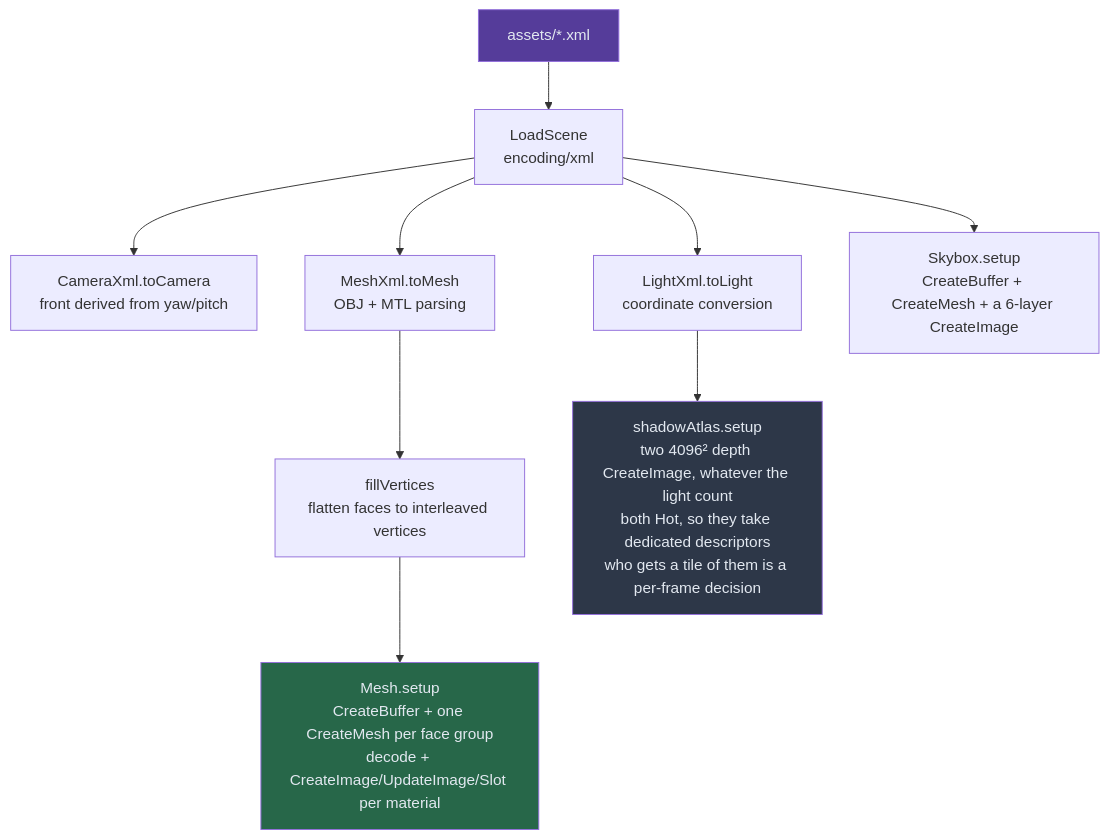
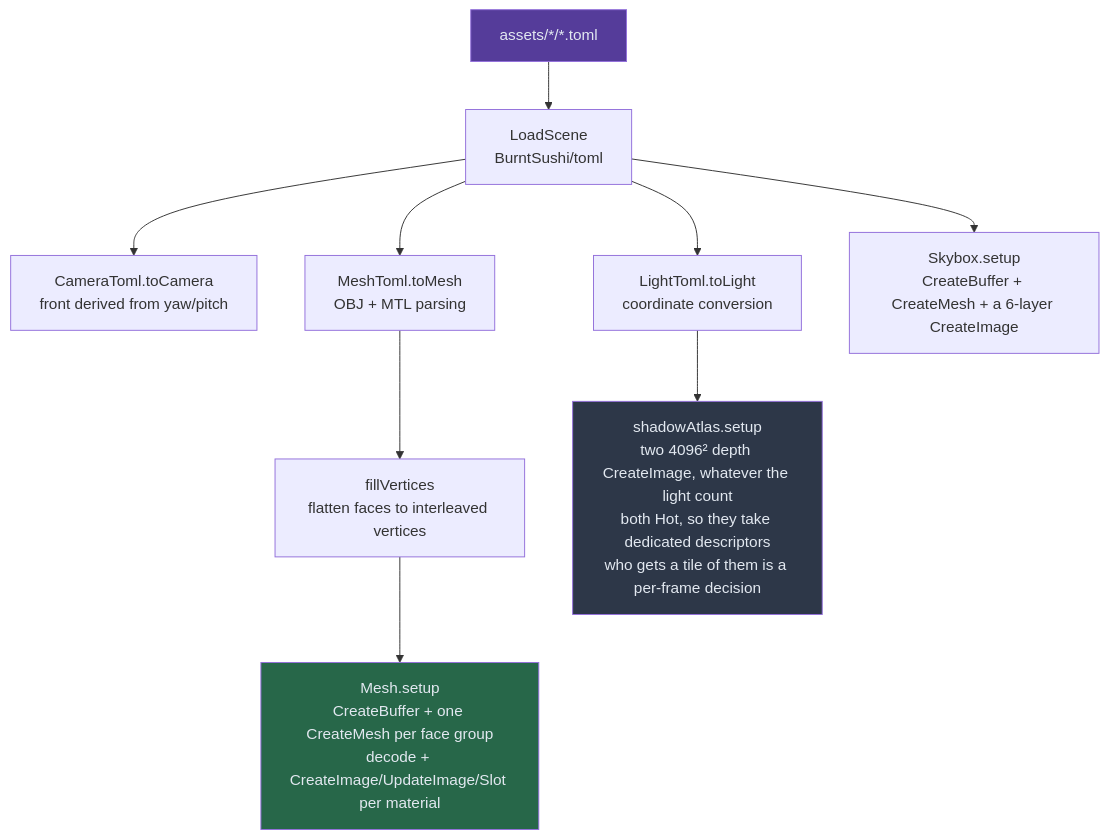
One commit to Zephyr75/overdrive changed the first of 2 diagrams in notes/FEATURES.md. Above: the diagram before and after it, drawn with Mermaid. The commit also changed other lines of this file and 56 other files, not shown here.

Commit message:
Added metallic map support and switched scene format to TOML

````diff
--- a/notes/FEATURES.md
+++ b/notes/FEATURES.md
@@ -139,19 +139,19 @@
 ```mermaid
 flowchart TD
-    X["assets/*.xml"] --> P["LoadScene<br/>encoding/xml"]
+    X["assets/*/*.toml"] --> P["LoadScene<br/>BurntSushi/toml"]
 
-    P --> CA["CameraXml.toCamera<br/>front derived from yaw/pitch"]
-    P --> ME["MeshXml.toMesh<br/>OBJ + MTL parsing"]
-    P --> LI["LightXml.toLight<br/>coordinate conversion"]
+    P --> CA["CameraToml.toCamera<br/>front derived from yaw/pitch"]
+    P --> ME["MeshToml.toMesh<br/>OBJ + MTL parsing"]
+    P --> LI["LightToml.toLight<br/>coordinate conversion"]
 
     ME --> FV["fillVertices<br/>flatten faces to interleaved vertices"]
     FV --> SU["Mesh.setup<br/>CreateBuffer + one CreateMesh per face group<br/>decode + CreateImage/UpdateImage/Slot per material"]
 
     LI --> LS["shadowAtlas.setup<br/>two 4096² depth CreateImage, whatever the light count<br/>both Hot, so they take dedicated descriptors<br/>who gets a tile of them is a per-frame decision"]
 
     P --> SK["Skybox.setup<br/>CreateBuffer + CreateMesh + a 6-layer CreateImage"]
 
     style X fill:#553c9a,color:#e2e8f0
     style SU fill:#276749,color:#e2e8f0
     style LS fill:#2d3748,color:#e2e8f0
 ```
````
